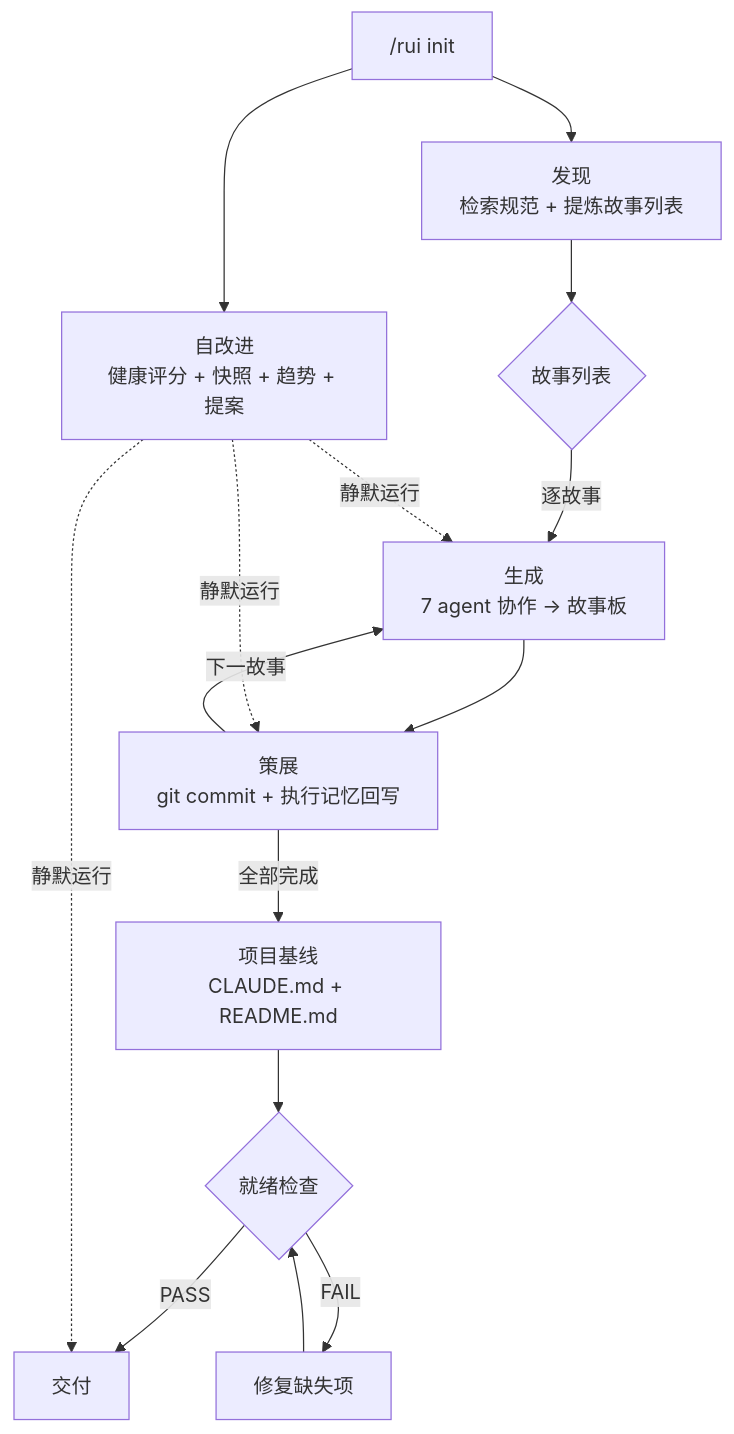
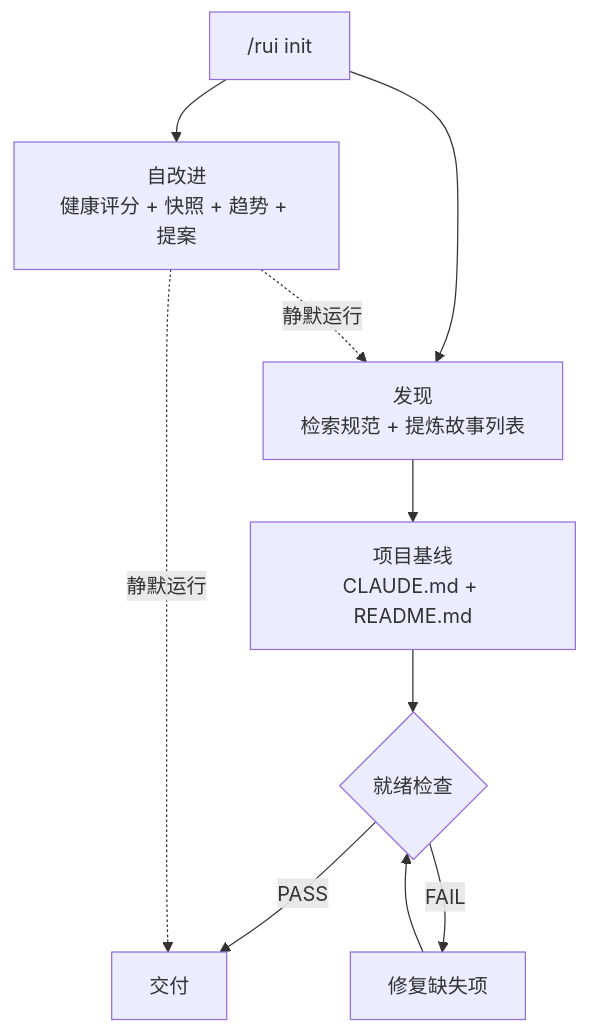
Before and after one commit to effiy/YrY: the second of 4 diagrams in skills/rui/SKILL.md, drawn with Mermaid. The commit also changed other lines of this file, not shown here.

````diff
--- a/skills/rui/SKILL.md
+++ b/skills/rui/SKILL.md
@@ -45,17 +45,12 @@
 ```mermaid
 flowchart TD
     INIT["/rui init"] --> SELF["自改进<br/>健康评分 + 快照 + 趋势 + 提案"]
     INIT --> DISCOVER["发现<br/>检索规范 + 提炼故事列表"]
-    DISCOVER --> STORIES{故事列表}
-    STORIES -->|逐故事| GENERATE["生成<br/>7 agent 协作 → 故事板"]
-    GENERATE --> CURATE["策展<br/>git commit + 执行记忆回写"]
-    CURATE -->|下一故事| GENERATE
-    CURATE -->|全部完成| BASELINE["项目基线<br/>CLAUDE.md + README.md"]
+    DISCOVER --> BASELINE["项目基线<br/>CLAUDE.md + README.md"]
     BASELINE --> CHECK{"就绪检查"}
     CHECK -->|PASS| DELIVER["交付"]
     CHECK -->|FAIL| FIX["修复缺失项"]
     FIX --> CHECK
-    SELF -.->|静默运行| GENERATE
-    SELF -.->|静默运行| CURATE
+    SELF -.->|静默运行| DISCOVER
     SELF -.->|静默运行| DELIVER
 ```
````
